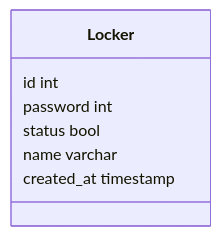
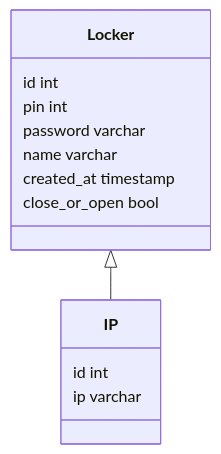
One commit to quentintnl/locker changed the diagram in Readme.md. Above: the diagram before and after it, drawn with Mermaid.

````diff
--- a/Readme.md
+++ b/Readme.md
@@ -67,8 +67,14 @@
 ```mermaid
 classDiagram
-Locker : id int
-Locker : password int
-Locker : status bool
-Locker : name varchar
-Locker : created_at timestamp
+    Locker <|-- IP
+    Locker : id int
+    Locker : pin int
+    Locker : password varchar
+    Locker : name varchar
+    Locker : created_at timestamp
+    Locker : close_or_open bool
+
+    IP : id int
+    IP : ip varchar
+
 ```
````
